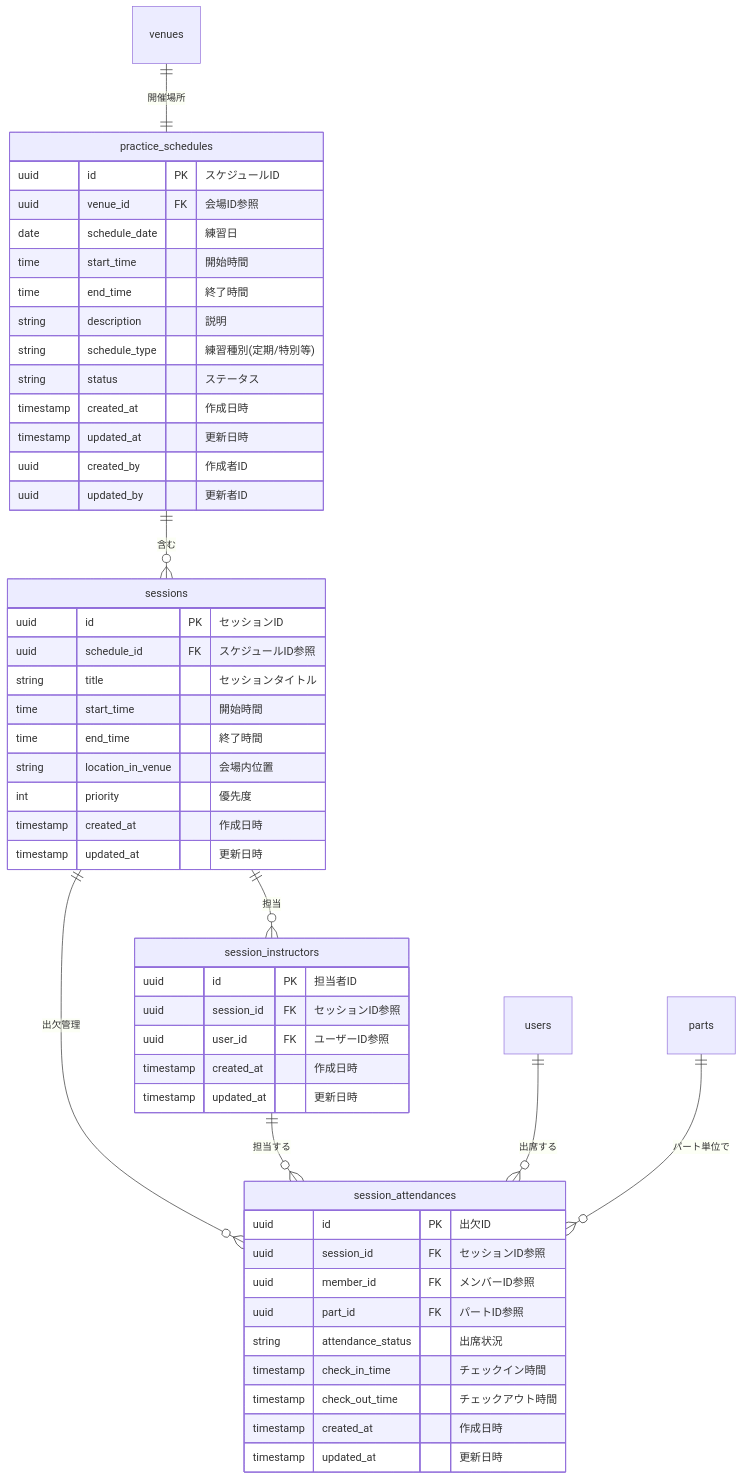
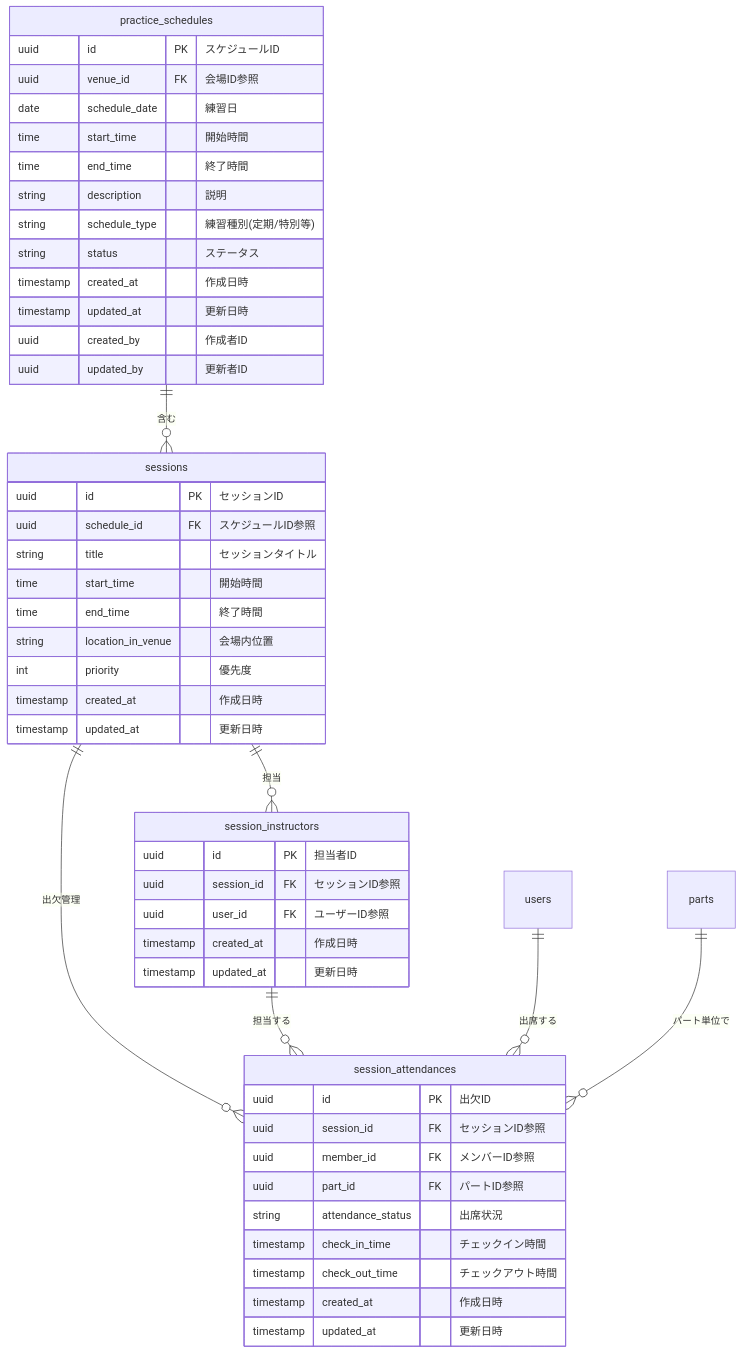
Before and after one commit to NowatariSoma/tomosigoto_nou_system: the diagram in tickets/phase_1/backend/BACK-DB-001/BACK-DB-001.3/README.md, drawn with Mermaid.

````diff
--- a/tickets/phase_1/backend/BACK-DB-001/BACK-DB-001.3/README.md
+++ b/tickets/phase_1/backend/BACK-DB-001/BACK-DB-001.3/README.md
@@ -84,57 +84,56 @@
 ```mermaid
 erDiagram
     practice_schedules ||--o{ sessions : "含む"
     sessions ||--o{ session_instructors : "担当"
     sessions ||--o{ session_attendances : "出欠管理"
-    venues ||--|| practice_schedules : "開催場所"
     session_instructors ||--o{ session_attendances : "担当する"
     users ||--o{ session_attendances : "出席する"
     parts ||--o{ session_attendances : "パート単位で"
     
     practice_schedules {
         uuid id PK "スケジュールID"
         uuid venue_id FK "会場ID参照"
         date schedule_date "練習日"
         time start_time "開始時間"
         time end_time "終了時間"
         string description "説明"
         string schedule_type "練習種別(定期/特別等)"
         string status "ステータス"
         timestamp created_at "作成日時"
         timestamp updated_at "更新日時"
         uuid created_by "作成者ID"
         uuid updated_by "更新者ID"
     }
     
     sessions {
         uuid id PK "セッションID"
         uuid schedule_id FK "スケジュールID参照"
         string title "セッションタイトル"
         time start_time "開始時間"
         time end_time "終了時間"
         string location_in_venue "会場内位置"
         int priority "優先度"
         timestamp created_at "作成日時"
         timestamp updated_at "更新日時"
     }
     
     session_instructors {
         uuid id PK "担当者ID"
         uuid session_id FK "セッションID参照"
         uuid user_id FK "ユーザーID参照"
         timestamp created_at "作成日時"
         timestamp updated_at "更新日時"
     }
     
     session_attendances {
         uuid id PK "出欠ID"
         uuid session_id FK "セッションID参照"
         uuid member_id FK "メンバーID参照"
         uuid part_id FK "パートID参照"
         string attendance_status "出席状況"
         timestamp check_in_time "チェックイン時間"
         timestamp check_out_time "チェックアウト時間"
         timestamp created_at "作成日時"
         timestamp updated_at "更新日時"
     }
 ```
````
